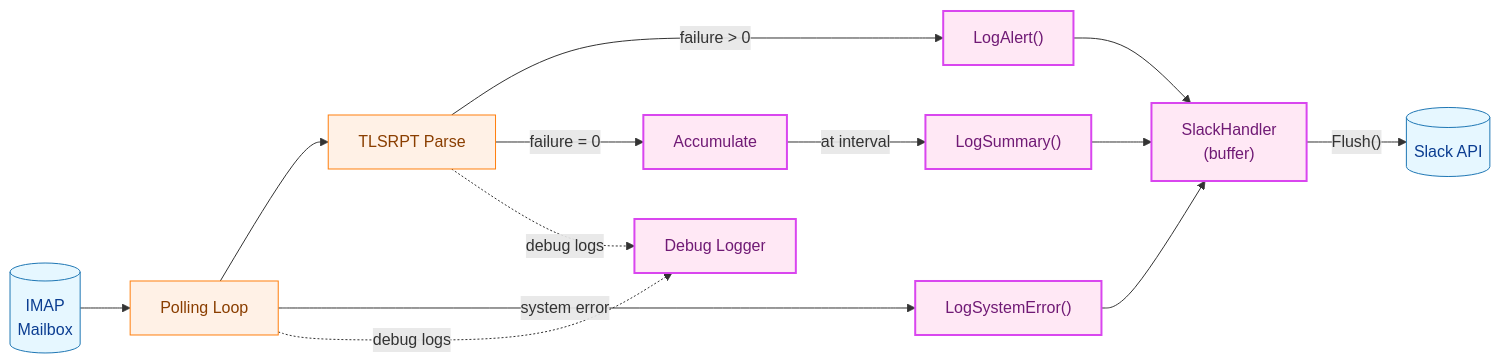
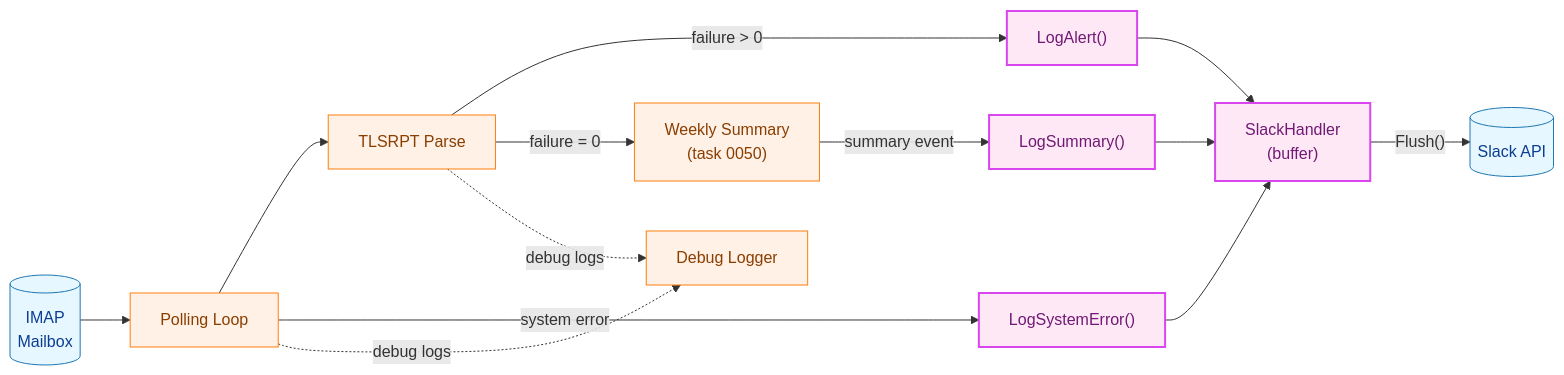
Before and after one commit to isseis/tlsrpt-digest: the first of 11 diagrams in docs/tasks/0030_slack_notify/02_architecture.md, drawn with Mermaid. The commit also changed other lines of this file, not shown here.

First line of the commit message:
docs(0030): refine architecture design based on review

````diff
--- a/docs/tasks/0030_slack_notify/02_architecture.md
+++ b/docs/tasks/0030_slack_notify/02_architecture.md
@@ -27,23 +30,23 @@
 ```mermaid
 flowchart LR
     classDef data fill:#e6f7ff,stroke:#1f77b4,stroke-width:1px,color:#0b3d91;
     classDef process fill:#fff1e6,stroke:#ff7f0e,stroke-width:1px,color:#8a3e00;
     classDef newpkg fill:#ffe8f5,stroke:#d946ef,stroke-width:2px,color:#701a75;
 
     IMAP[("IMAP<br>Mailbox")] --> Fetch["Polling Loop"]
     Fetch --> Parse["TLSRPT Parse"]
     Parse -->|"failure > 0"| Alert["LogAlert()"]
-    Parse -->|"failure = 0"| Accum["Accumulate"]
+    Parse -->|"failure = 0"| SummarySrc["Weekly Summary<br>(task 0050)"]
     Fetch -->|"system error"| SysErr["LogSystemError()"]
-    Accum -->|"at interval"| Summary["LogSummary()"]
+    SummarySrc -->|"summary event"| Summary["LogSummary()"]
     Alert --> Notifier["SlackHandler<br>(buffer)"]
     SysErr --> Notifier
     Summary --> Notifier
     Notifier -->|"Flush()"| SlackAPI[("Slack API")]
     Parse -.->|"debug logs"| DebugLog["Debug Logger"]
     Fetch -.->|"debug logs"| DebugLog
 
     class IMAP,SlackAPI data
-    class Fetch,Parse process
-    class Alert,SysErr,Summary,Notifier,Accum,DebugLog newpkg
+    class Fetch,Parse,SummarySrc,DebugLog process
+    class Alert,SysErr,Summary,Notifier newpkg
 ```
````
